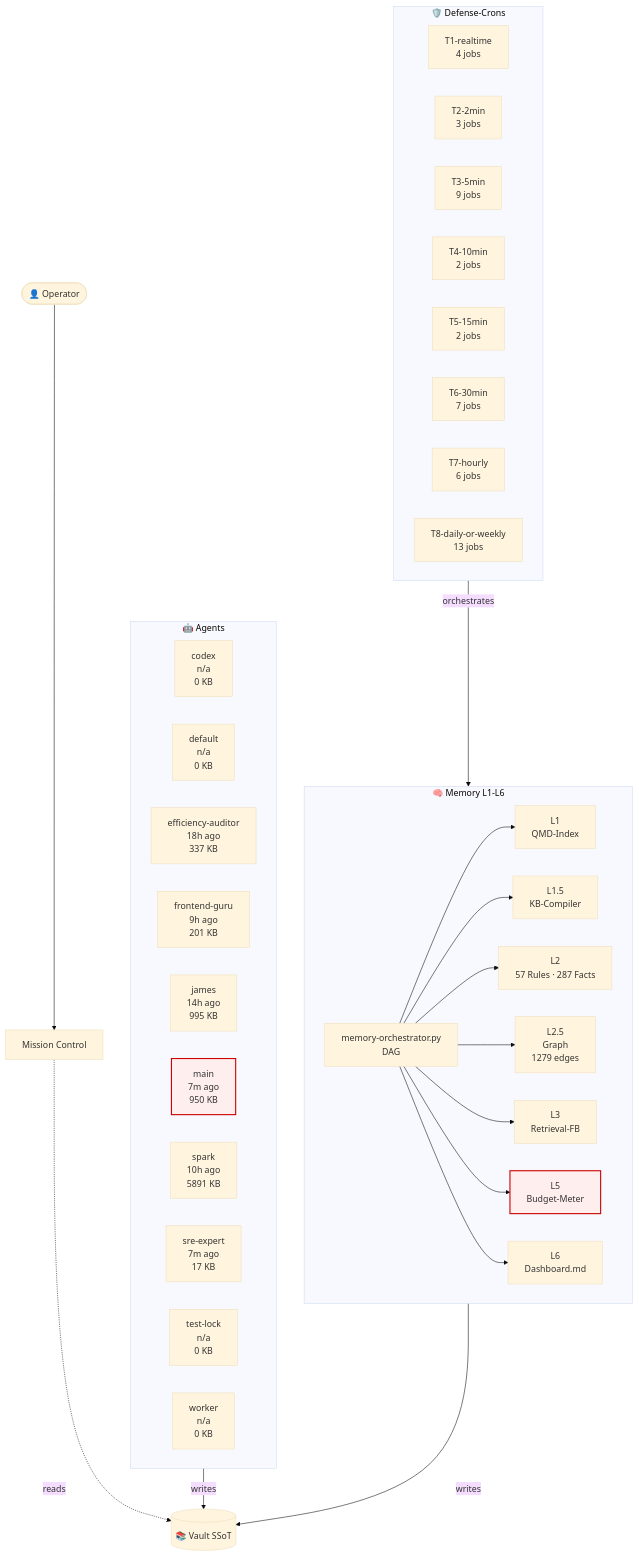
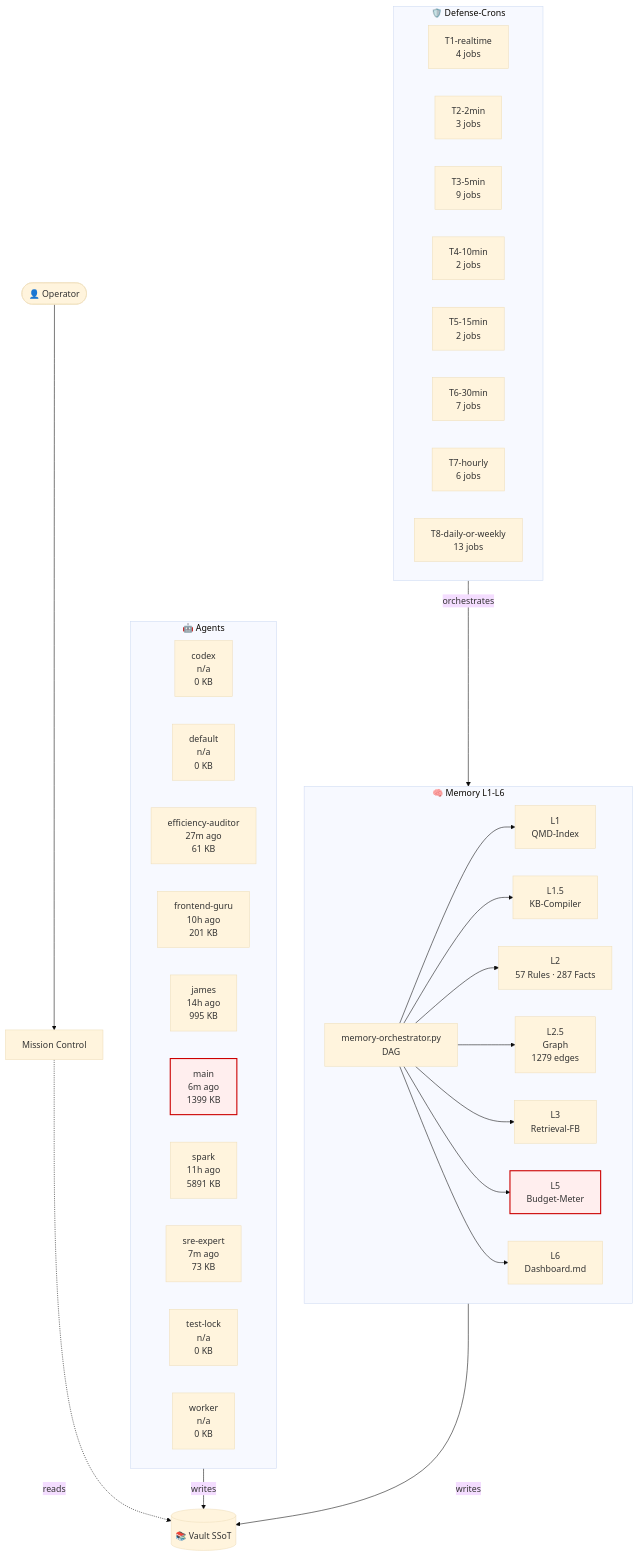
Before and after one commit to lenardhuebner88-rgb/openclaw-memory: the diagram in 03-Agents/architecture-live.md, drawn with Mermaid (base theme). The commit also changed other lines of this file and 13 other files, not shown here.

````diff
--- a/03-Agents/architecture-live.md
+++ b/03-Agents/architecture-live.md
@@ -18,53 +18,53 @@
 ```mermaid
 flowchart TB
     classDef critical fill:#fee,stroke:#c00,stroke-width:2px;
     subgraph AGT["🤖 Agents"]
         agent_codex["codex<br/>n/a<br/>0 KB"]
         agent_default["default<br/>n/a<br/>0 KB"]
-        agent_efficiency_auditor["efficiency-auditor<br/>18h ago<br/>337 KB"]
-        agent_frontend_guru["frontend-guru<br/>9h ago<br/>201 KB"]
+        agent_efficiency_auditor["efficiency-auditor<br/>27m ago<br/>61 KB"]
+        agent_frontend_guru["frontend-guru<br/>10h ago<br/>201 KB"]
         agent_james["james<br/>14h ago<br/>995 KB"]
-        agent_main["main<br/>7m ago<br/>950 KB"]
-        agent_spark["spark<br/>10h ago<br/>5891 KB"]
-        agent_sre_expert["sre-expert<br/>7m ago<br/>17 KB"]
+        agent_main["main<br/>6m ago<br/>1399 KB"]
+        agent_spark["spark<br/>11h ago<br/>5891 KB"]
+        agent_sre_expert["sre-expert<br/>7m ago<br/>73 KB"]
         agent_test_lock["test-lock<br/>n/a<br/>0 KB"]
         agent_worker["worker<br/>n/a<br/>0 KB"]
     end
     subgraph MEM["🧠 Memory L1-L6"]
         L1["L1<br/>QMD-Index"]
         L15["L1.5<br/>KB-Compiler"]
         L2["L2<br/>57 Rules · 287 Facts"]
         L25["L2.5<br/>Graph<br/>1279 edges"]
         L3["L3<br/>Retrieval-FB"]
         L5["L5<br/>Budget-Meter"]
         L6["L6<br/>Dashboard.md"]
         ORCH["memory-orchestrator.py<br/>DAG"]
     end
     subgraph CRN["🛡️ Defense-Crons"]
         tier_T1_realtime["T1-realtime<br/>4 jobs"]
         tier_T2_2min["T2-2min<br/>3 jobs"]
         tier_T3_5min["T3-5min<br/>9 jobs"]
         tier_T4_10min["T4-10min<br/>2 jobs"]
         tier_T5_15min["T5-15min<br/>2 jobs"]
         tier_T6_30min["T6-30min<br/>7 jobs"]
         tier_T7_hourly["T7-hourly<br/>6 jobs"]
         tier_T8_daily_or_weekly["T8-daily-or-weekly<br/>13 jobs"]
     end
     VAULT[("📚 Vault SSoT")]
     OP([👤 Operator])
     MC["Mission Control"]
     OP --> MC
     MC -.reads.-> VAULT
     AGT -->|writes| VAULT
     MEM -->|writes| VAULT
     ORCH --> L1
     ORCH --> L15
     ORCH --> L2
     ORCH --> L25
     ORCH --> L3
     ORCH --> L5
     ORCH --> L6
     CRN -->|orchestrates| MEM
     class L5 critical
     class agent_main critical
 ```
````
